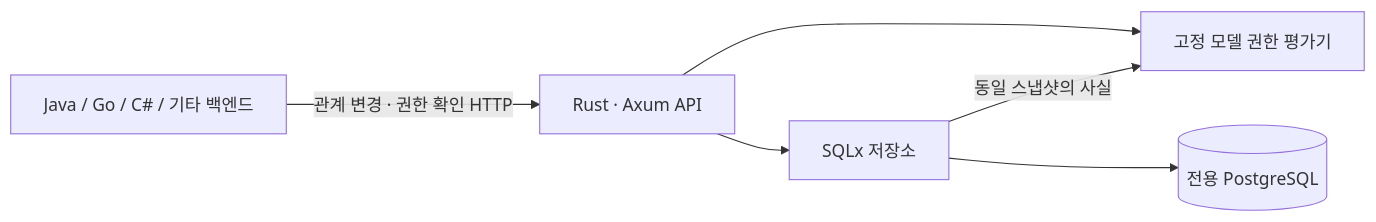
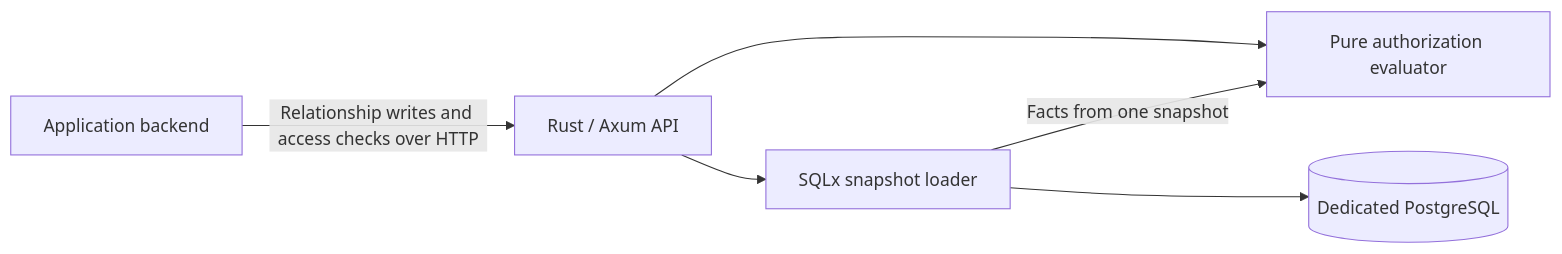
One commit to Parkryan0128/relation-guard changed the diagram in README.md. Above: the diagram before and after it, drawn with Mermaid. The commit also changed other lines of this file and 13 other files, not shown here.

````diff
--- a/README.md
+++ b/README.md
@@ -9,8 +9,8 @@
 ```mermaid
 flowchart LR
-  App[Java / Go / C# / 기타 백엔드] -->|관계 변경 · 권한 확인 HTTP| API[Rust · Axum API]
-  API --> Core[고정 모델 권한 평가기]
-  API --> Store[SQLx 저장소]
-  Store --> DB[(전용 PostgreSQL)]
-  Store -->|동일 스냅샷의 사실| Core
+  App[Application backend] -->|Relationship writes and access checks over HTTP| API[Rust / Axum API]
+  API --> Core[Pure authorization evaluator]
+  API --> Store[SQLx snapshot loader]
+  Store --> DB[(Dedicated PostgreSQL)]
+  Store -->|Facts from one snapshot| Core
 ```
````
